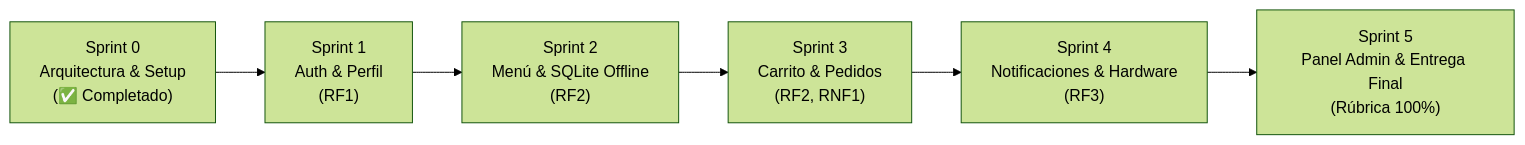
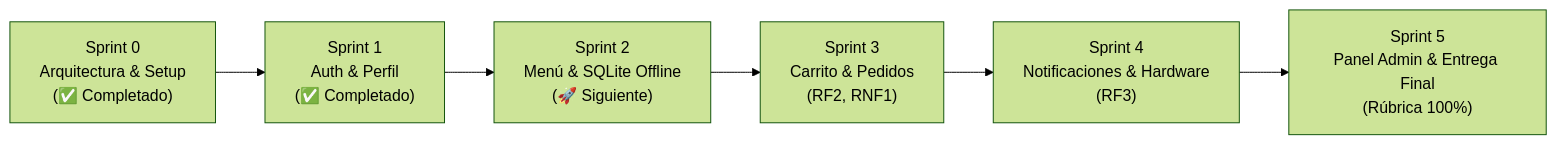
Before and after one commit to Apixel29/cafeteria_escom: the second of 2 diagrams in PROYECTO_CAFETERIA_ESCOM.md, drawn with Mermaid (forest theme). The commit also changed other lines of this file and 27 other files, not shown here.

Commit message:
feat(auth): implementar modulo completo de autenticacion y perfil (Sprint 1 - RF1)

````diff
--- a/PROYECTO_CAFETERIA_ESCOM.md
+++ b/PROYECTO_CAFETERIA_ESCOM.md
@@ -177,8 +182,8 @@
 ```mermaid
 flowchart LR
-    S0["Sprint 0<br>Arquitectura & Setup<br>(✅ Completado)"] --> S1["Sprint 1<br>Auth & Perfil<br>(RF1)"]
-    S1 --> S2["Sprint 2<br>Menú & SQLite Offline<br>(RF2)"]
+    S0["Sprint 0<br>Arquitectura & Setup<br>(✅ Completado)"] --> S1["Sprint 1<br>Auth & Perfil<br>(✅ Completado)"]
+    S1 --> S2["Sprint 2<br>Menú & SQLite Offline<br>(🚀 Siguiente)"]
     S2 --> S3["Sprint 3<br>Carrito & Pedidos<br>(RF2, RNF1)"]
     S3 --> S4["Sprint 4<br>Notificaciones & Hardware<br>(RF3)"]
     S4 --> S5["Sprint 5<br>Panel Admin & Entrega Final<br>(Rúbrica 100%)"]
 ```
````
